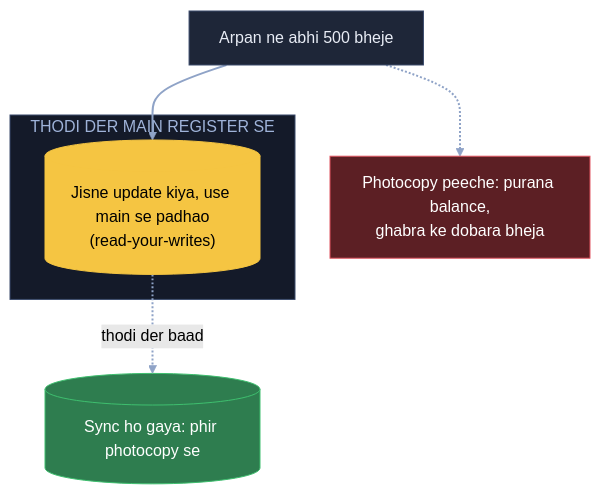
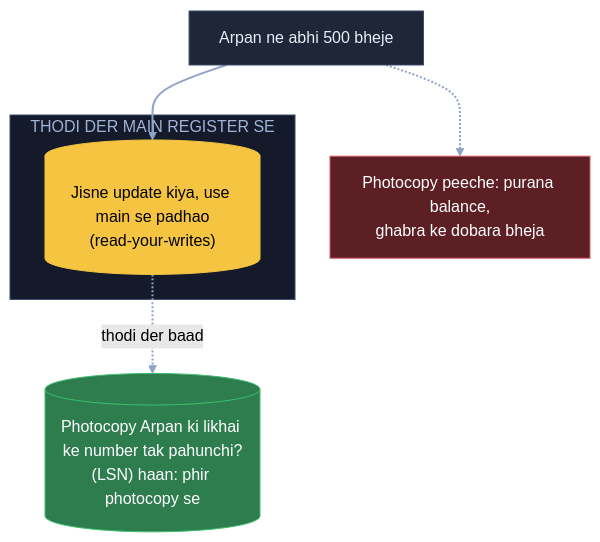
Before and after one commit to ArpanMaheshwari144/Prep: the ninth of 22 diagrams in 04_HLD/SYSTEM_DESIGNS/13_banking_system/13_banking_system.md, drawn with Mermaid (forest theme). The commit also changed other lines of this file and 2 other files, not shown here.

Commit message:
Banking kadam 9: photocopy kab tak sync, likhai ka number (LSN) tak pahunchi to photocopy se (Arpan)

````diff
--- a/04_HLD/SYSTEM_DESIGNS/13_banking_system/13_banking_system.md
+++ b/04_HLD/SYSTEM_DESIGNS/13_banking_system/13_banking_system.md
@@ -366,18 +376,18 @@
 ```mermaid
 flowchart TB
     A["Arpan ne abhi 500 bheje"]:::card
     X["Photocopy peeche: purana balance,<br/>ghabra ke dobara bheja"]:::bad
     subgraph TD["THODI DER MAIN REGISTER SE"]
         M[("Jisne update kiya, use main se padhao<br/>(read-your-writes)")]:::pill
     end
-    P[("Sync ho gaya: phir photocopy se")]:::good
+    P[("Photocopy Arpan ki likhai ke number tak pahunchi?<br/>(LSN) haan: phir photocopy se")]:::good
     A --> M
     A -.-> X
     M -. "thodi der baad" .-> P
     linkStyle default stroke:#8fa3c7,stroke-width:2px
     classDef card fill:#1e2638,stroke:#3a4a6b,color:#e8ecf5
     classDef pill fill:#f5c542,stroke:#f5c542,color:#000
     classDef good fill:#2e7d4f,stroke:#3fbf6f,color:#fff
     classDef bad fill:#5c1f24,stroke:#e05561,color:#fff
     style TD fill:#141a29,stroke:#3a4a6b,color:#9fb3d9
 ```
````
